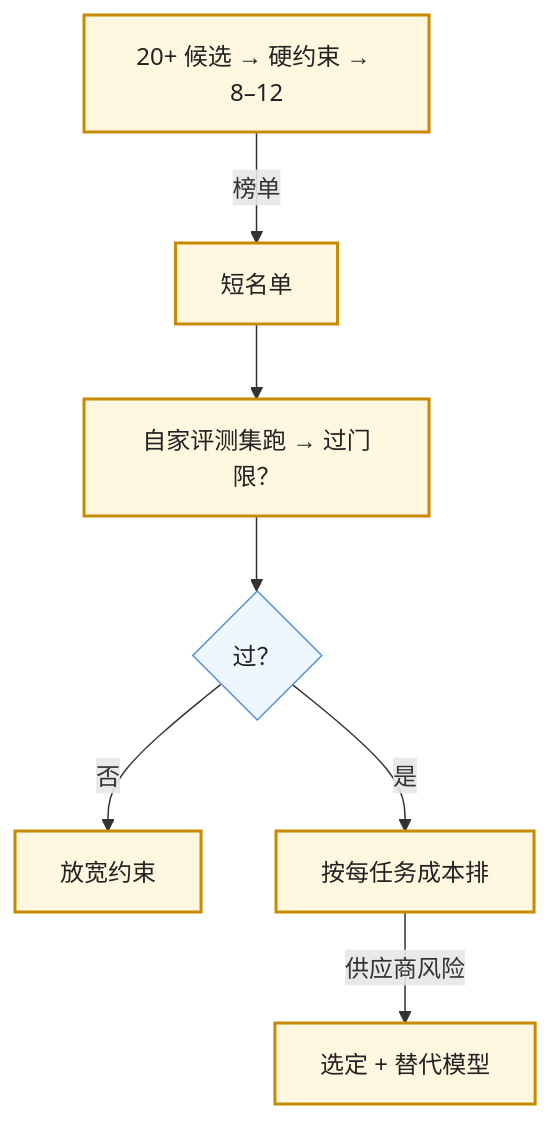
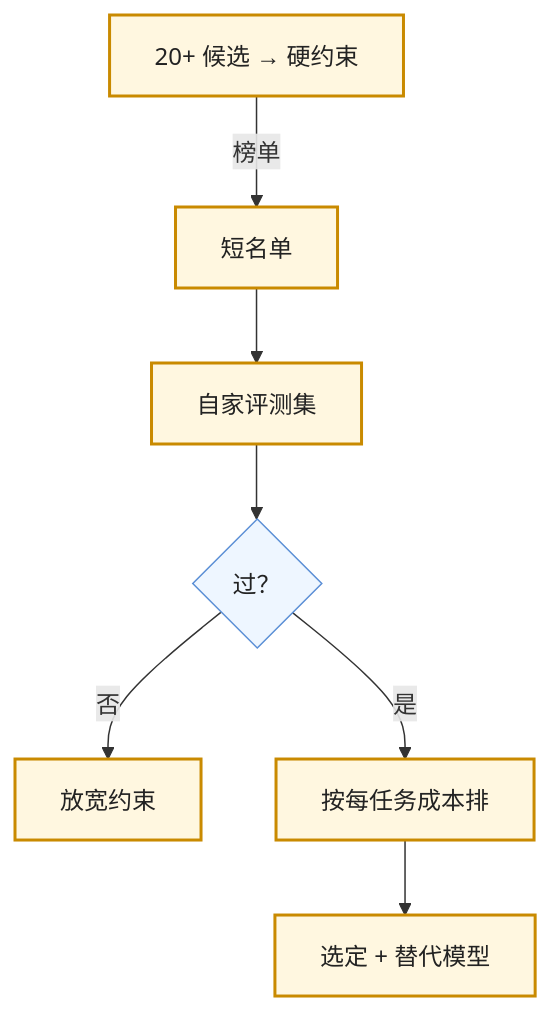
Before and after one commit to arganzheng/arganzheng.github.com: the seventh of 9 diagrams in slides/2026-10-04-model-as-component.md, drawn with Mermaid. The commit also changed other lines of this file, not shown here.

Commit message:
slides(2026-10-04-model-as-component): 图内文字 ≥14px——标签缩短/拆分/Unicode 数学

````diff
--- a/slides/2026-10-04-model-as-component.md
+++ b/slides/2026-10-04-model-as-component.md
@@ -213,15 +225,15 @@
 ```mermaid
 %%{init: {"flowchart": {"wrappingWidth": 170}}}%%
 flowchart TB
-    A["20+ 候选 → 硬约束 → 8–12"] -->|"榜单"| E["短名单"]
-    E --> F["自家评测集跑 → 过门限？"]
+    A["20+ 候选 → 硬约束"] -->|"榜单"| E["短名单"]
+    E --> F["自家评测集"]
     F --> G{"过？"}
     G -->|"否"| H["放宽约束"]
     G -->|"是"| I["按每任务成本排"]
-    I -->|"供应商风险"| K["选定 + 替代模型"]
+    I --> K["选定 + 替代模型"]
 
     classDef step fill:#fff7e0,stroke:#c98a00,stroke-width:2px,color:#222
     classDef dec fill:#eef6ff,stroke:#5b8fd6,color:#222
     class A,E,F,I,K,H step
     class G dec
 ```
````
